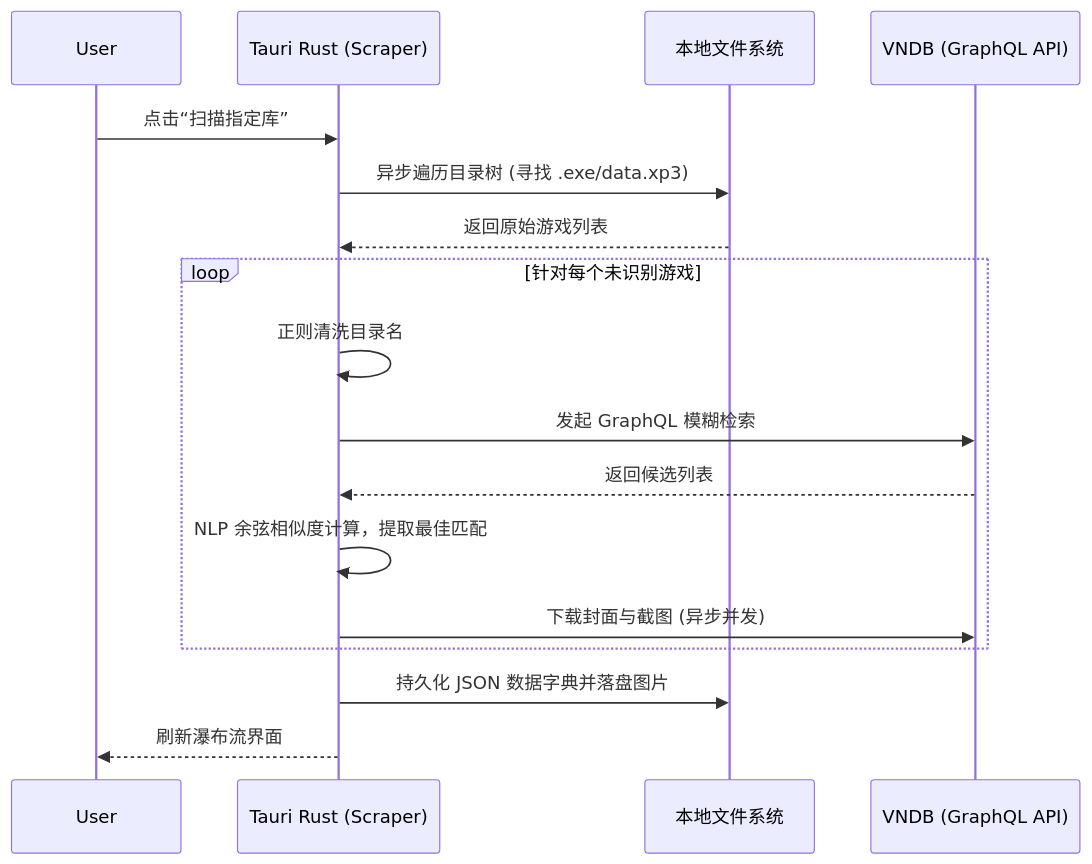
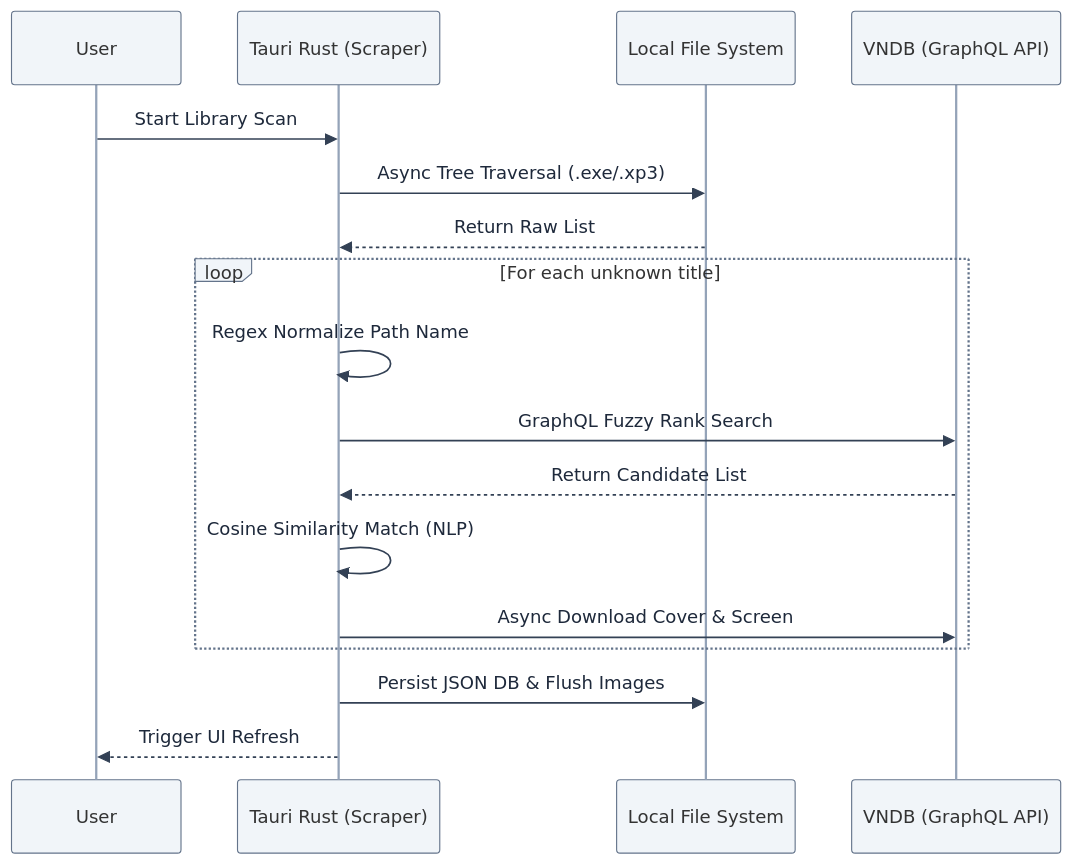
Before and after one commit to Roxy-DD/galremote: the third of 5 diagrams in thesis/chapter4/system_design.md, drawn with Mermaid. The commit also changed other lines of this file and 1 other file, not shown here.

Commit message:
style(thesis): refactor all diagrams to top-tier academic English flat style

````diff
--- a/thesis/chapter4/system_design.md
+++ b/thesis/chapter4/system_design.md
@@ -94,22 +103,23 @@
 ```mermaid
+%%{init: {'theme': 'base', 'themeVariables': { 'actorBkg': '#F1F5F9', 'actorBorder': '#64748B', 'actorLineColor': '#94A3B8', 'signalColor': '#334155', 'signalTextColor': '#1E293B', 'fontFamily': 'arial'}}}%%
 sequenceDiagram
     participant User
     participant Rust as Tauri Rust (Scraper)
-    participant FS as 本地文件系统
+    participant FS as Local File System
     participant VNDB as VNDB (GraphQL API)
     
-    User->>Rust: 点击“扫描指定库”
-    Rust->>FS: 异步遍历目录树 (寻找 .exe/data.xp3)
-    FS-->>Rust: 返回原始游戏列表
+    User->>Rust: Start Library Scan
+    Rust->>FS: Async Tree Traversal (.exe/.xp3)
+    FS-->>Rust: Return Raw List
     
-    loop 针对每个未识别游戏
-        Rust->>Rust: 正则清洗目录名
-        Rust->>VNDB: 发起 GraphQL 模糊检索
-        VNDB-->>Rust: 返回候选列表
-        Rust->>Rust: NLP 余弦相似度计算，提取最佳匹配
-        Rust->>VNDB: 下载封面与截图 (异步并发)
+    loop For each unknown title
+        Rust->>Rust: Regex Normalize Path Name
+        Rust->>VNDB: GraphQL Fuzzy Rank Search
+        VNDB-->>Rust: Return Candidate List
+        Rust->>Rust: Cosine Similarity Match (NLP)
+        Rust->>VNDB: Async Download Cover & Screen
     end
     
-    Rust->>FS: 持久化 JSON 数据字典并落盘图片
-    Rust-->>User: 刷新瀑布流界面
+    Rust->>FS: Persist JSON DB & Flush Images
+    Rust-->>User: Trigger UI Refresh
 ```
````
